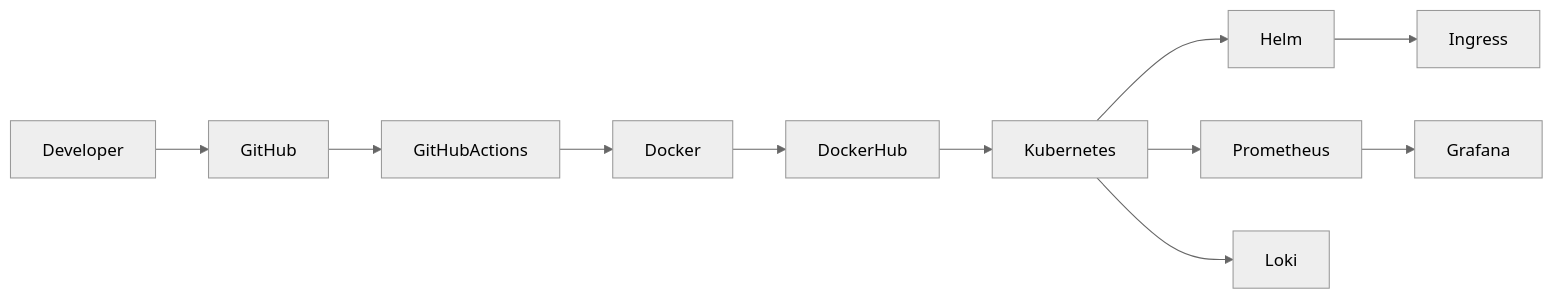
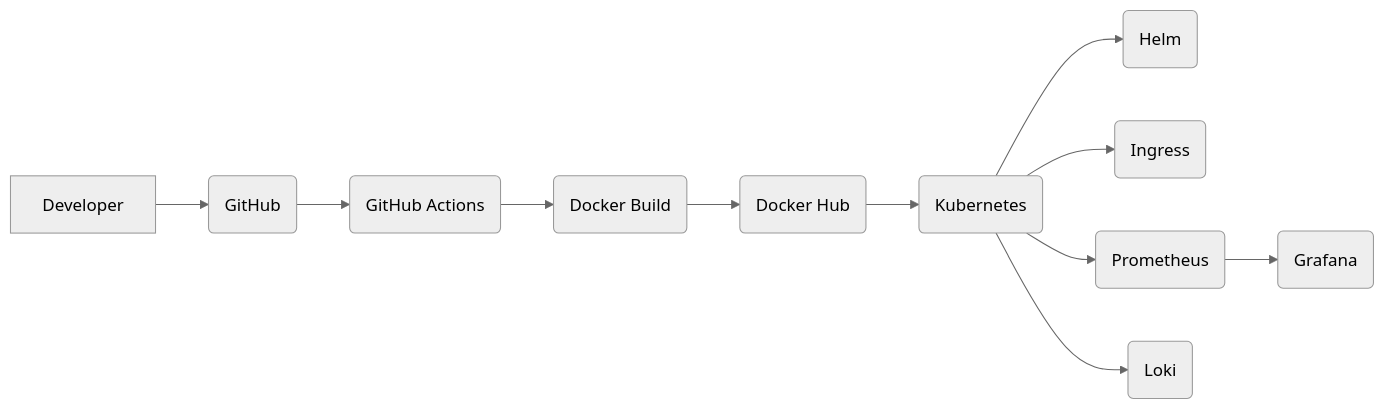
Before and after one commit to RAkSHITH256/RAKSHITH256: the diagram in README.md, drawn with Mermaid (neutral theme). The commit also changed other lines of this file, not shown here.

````diff
--- a/README.md
+++ b/README.md
@@ -145,23 +171,25 @@
 ```mermaid
 flowchart LR
 
-Developer --> GitHub
+A[Developer]
 
-GitHub --> GitHubActions
+A --> B(GitHub)
 
-GitHubActions --> Docker
+B --> C(GitHub Actions)
 
-Docker --> DockerHub
+C --> D(Docker Build)
 
-DockerHub --> Kubernetes
+D --> E(Docker Hub)
 
-Kubernetes --> Helm
+E --> F(Kubernetes)
 
-Helm --> Ingress
+F --> G(Helm)
 
-Kubernetes --> Prometheus
+F --> H(Ingress)
 
-Prometheus --> Grafana
+F --> I(Prometheus)
 
-Kubernetes --> Loki
+I --> J(Grafana)
+
+F --> K(Loki)
 ```
````
